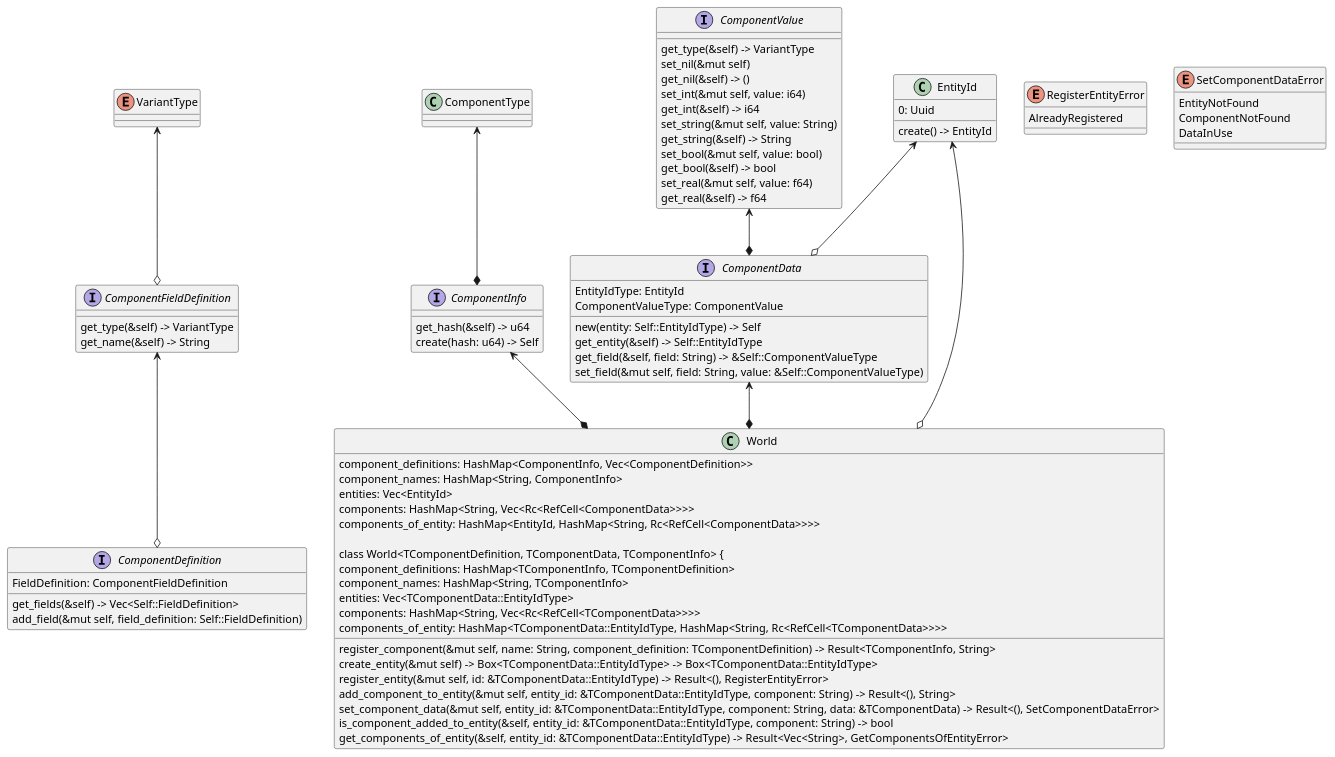
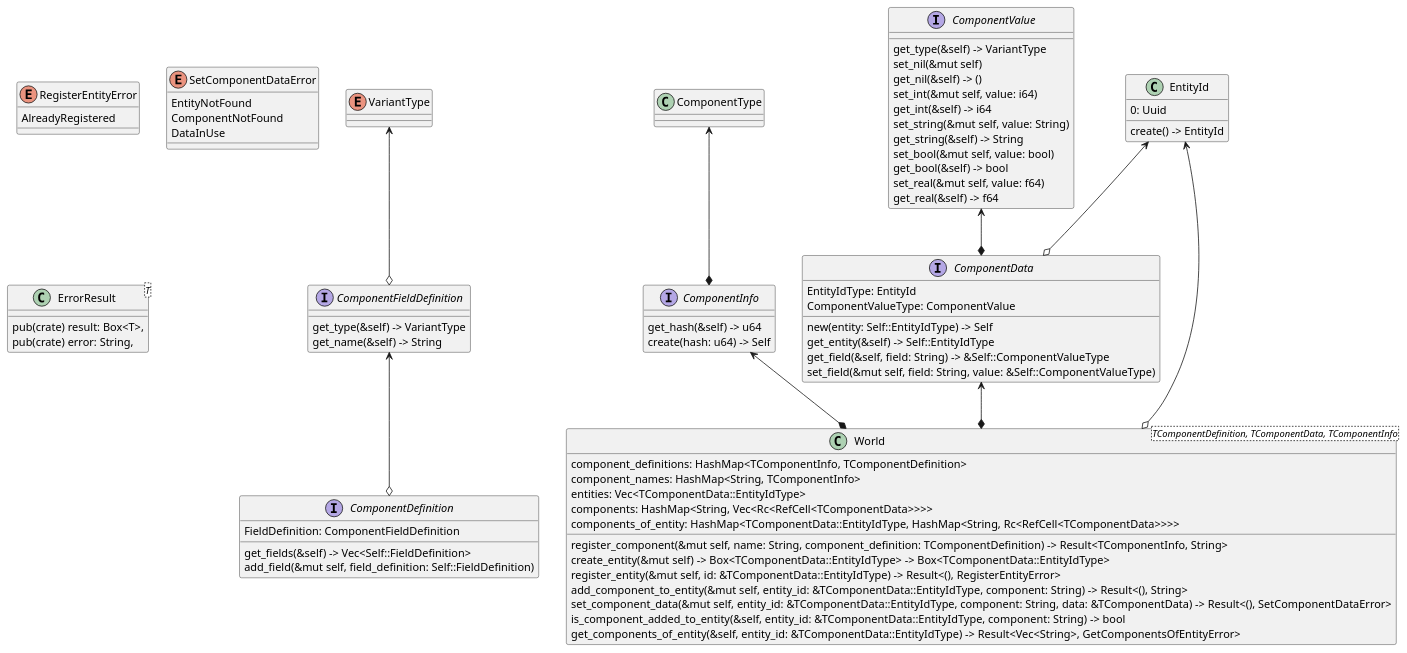
One commit to Beliar83/godot-component-system changed the diagram in model/ClassDiagram.puml. Above: the diagram before and after it, drawn with PlantUML. The commit also changed 13 other files, not shown here.

```diff
--- a/model/ClassDiagram.puml
+++ b/model/ClassDiagram.puml
@@ -1,94 +1,92 @@
 @startuml
 'https://plantuml.com/class-diagram
 
 VariantType <--o ComponentFieldDefinition
 ComponentType <--* ComponentInfo
 ComponentInfo <--* World
 ComponentValue <--* ComponentData
 ComponentData <--* World
 EntityId <--o ComponentData
 EntityId <--o World
 ComponentFieldDefinition <--o ComponentDefinition
 
 enum VariantType
 
 interface ComponentFieldDefinition {
     get_type(&self) -> VariantType
     get_name(&self) -> String
 }
 
 interface ComponentDefinition {
     FieldDefinition: ComponentFieldDefinition
     get_fields(&self) -> Vec<Self::FieldDefinition>
     add_field(&mut self, field_definition: Self::FieldDefinition)
 }
 
 interface ComponentInfo {
     get_hash(&self) -> u64
     create(hash: u64) -> Self
 }
 
 interface ComponentData {
     EntityIdType: EntityId
     ComponentValueType: ComponentValue
 
     new(entity: Self::EntityIdType) -> Self
     get_entity(&self) -> Self::EntityIdType
     get_field(&self, field: String) -> &Self::ComponentValueType
     set_field(&mut self, field: String, value: &Self::ComponentValueType)
 }
 
 interface ComponentValue {
     get_type(&self) -> VariantType
     set_nil(&mut self)
     get_nil(&self) -> ()
     set_int(&mut self, value: i64)
     get_int(&self) -> i64
     set_string(&mut self, value: String)
     get_string(&self) -> String
     set_bool(&mut self, value: bool)
     get_bool(&self) -> bool
     set_real(&mut self, value: f64)
     get_real(&self) -> f64
 }
 
 class EntityId {
     0: Uuid
 
     create() -> EntityId
 }
 
 enum RegisterEntityError {
     AlreadyRegistered
 }
 
 enum SetComponentDataError {
     EntityNotFound
     ComponentNotFound
     DataInUse
 }
 
-class World {
-    component_definitions: HashMap<ComponentInfo, Vec<ComponentDefinition>>
-    component_names: HashMap<String, ComponentInfo>
-    entities: Vec<EntityId>
-    components: HashMap<String, Vec<Rc<RefCell<ComponentData>>>>
-    components_of_entity: HashMap<EntityId, HashMap<String, Rc<RefCell<ComponentData>>>>
+class ErrorResult<T> {
+	pub(crate) result: Box<T>,
+	pub(crate) error: String,
+}
 
 class World<TComponentDefinition, TComponentData, TComponentInfo> {
     component_definitions: HashMap<TComponentInfo, TComponentDefinition>
     component_names: HashMap<String, TComponentInfo>
     entities: Vec<TComponentData::EntityIdType>
     components: HashMap<String, Vec<Rc<RefCell<TComponentData>>>>
     components_of_entity: HashMap<TComponentData::EntityIdType, HashMap<String, Rc<RefCell<TComponentData>>>>
 
     register_component(&mut self, name: String, component_definition: TComponentDefinition) -> Result<TComponentInfo, String>
     create_entity(&mut self) -> Box<TComponentData::EntityIdType> -> Box<TComponentData::EntityIdType>
     register_entity(&mut self, id: &TComponentData::EntityIdType) -> Result<(), RegisterEntityError>
     add_component_to_entity(&mut self, entity_id: &TComponentData::EntityIdType, component: String) -> Result<(), String>
     set_component_data(&mut self, entity_id: &TComponentData::EntityIdType, component: String, data: &TComponentData) -> Result<(), SetComponentDataError>
     is_component_added_to_entity(&self, entity_id: &TComponentData::EntityIdType, component: String) -> bool
     get_components_of_entity(&self, entity_id: &TComponentData::EntityIdType) -> Result<Vec<String>, GetComponentsOfEntityError>
 }
 
 @enduml
```
